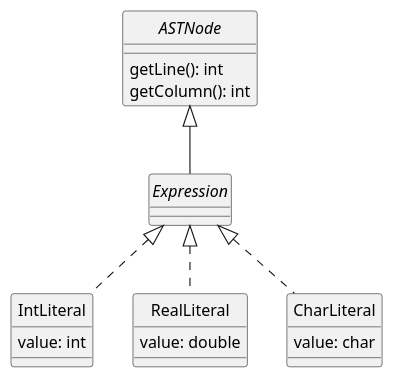
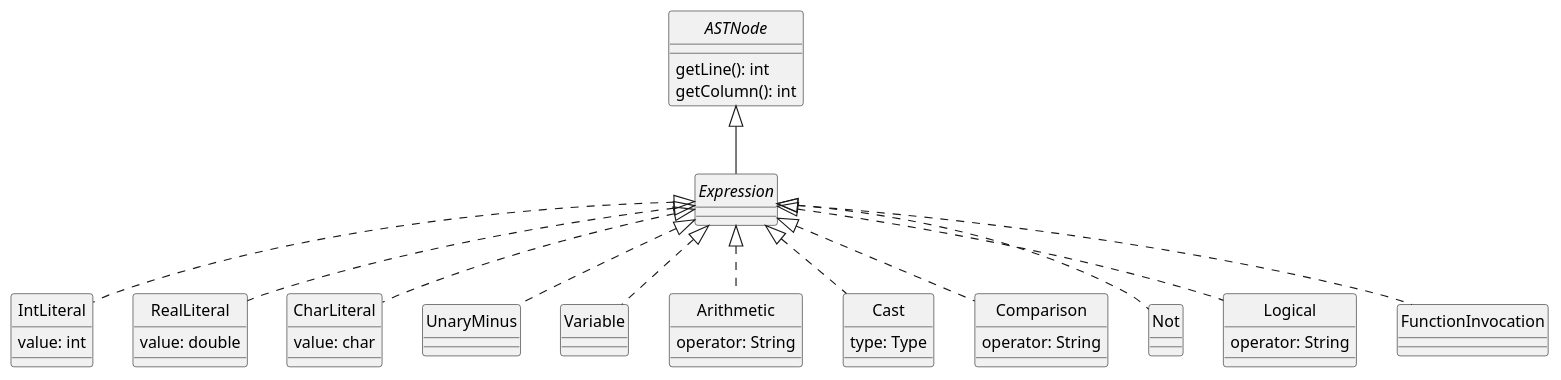
The diagram in docs/diagrams/expressions.plantuml (uo271288/dlp-compiler), drawn with PlantUML before and after one commit. The commit also changed 1 other file, not shown here.

Commit message:
Expressions Diagram finished Also made a small change on Program Diagram

```diff
--- a/docs/diagrams/expressions.plantuml
+++ b/docs/diagrams/expressions.plantuml
@@ -1,31 +1,66 @@
 @startuml Expressions
 skinparam style strictuml
 skinparam monochrome true
 
 
 interface ASTNode {
     getLine(): int
     getColumn(): int
 }
 
 interface Expression
 
 class IntLiteral {
     value: int
 }
 
 class RealLiteral {
     value: double
 }
 
 class CharLiteral {
     value: char
 }
 
+class UnaryMinus {
+}
+
+class Variable {
+}
+
+class Arithmetic {
+    operator: String
+}
+
+class Cast {
+    type: Type
+}
+
+class Comparison {
+    operator: String
+}
+
+class Not {
+}
+
+class Logical {
+    operator: String
+}
+
+class FunctionInvocation {
+}
+
 ASTNode <|-- Expression
 Expression <|.. IntLiteral
 Expression <|.. RealLiteral
 Expression <|.. CharLiteral
-
+Expression <|.. UnaryMinus
+Expression <|.. Variable
+Expression <|.. Arithmetic
+Expression <|.. Cast
+Expression <|.. Comparison
+Expression <|.. Not
+Expression <|.. Logical
+Expression <|.. FunctionInvocation
 
 @enduml
```
